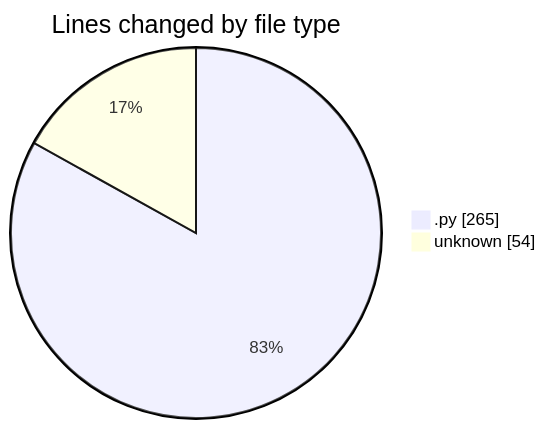
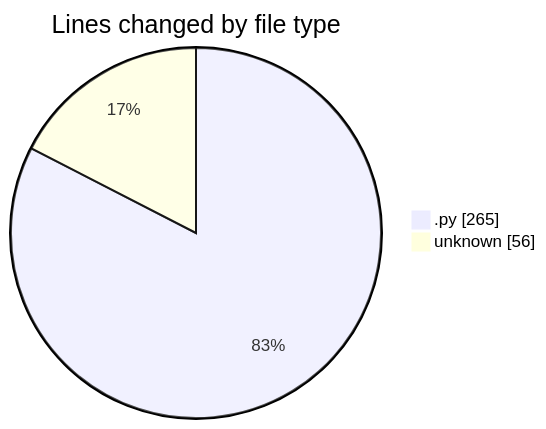
One commit to MatusMokan/code-tracking changed the first of 2 diagrams in 2025-03-17/myws__workspace_/README.md. Above: the diagram before and after it, drawn with Mermaid. The commit also changed other lines of this file and 1 other file, not shown here.

````diff
--- a/2025-03-17/myws__workspace_/README.md
+++ b/2025-03-17/myws__workspace_/README.md
@@ -22,6 +22,6 @@
 ```mermaid
 pie showData
 title Lines changed by file type
 ".py" : 265
-"unknown" : 54
+"unknown" : 56
 ```
````
